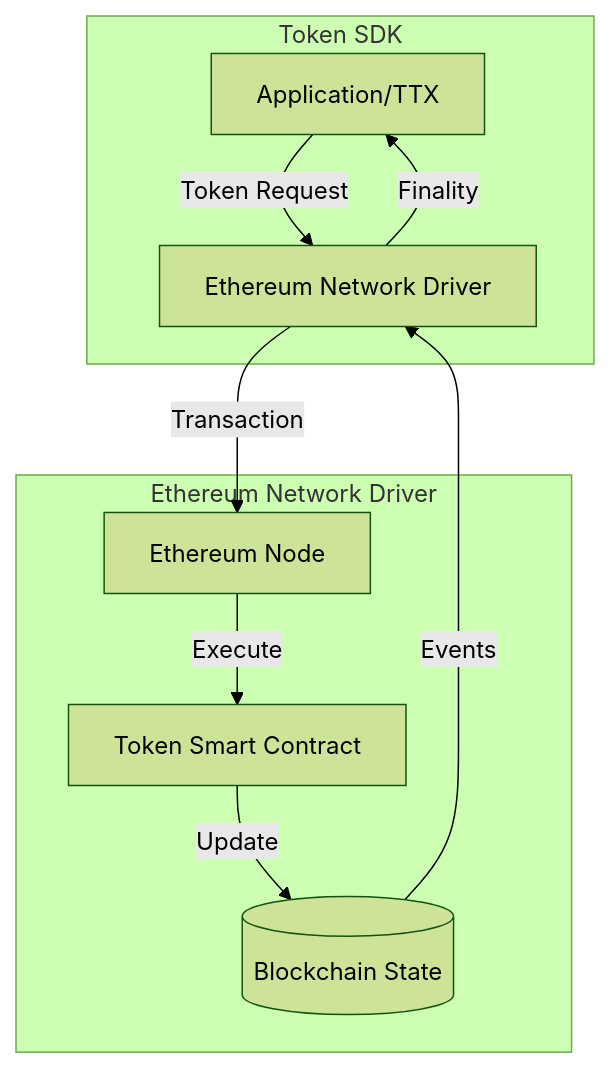
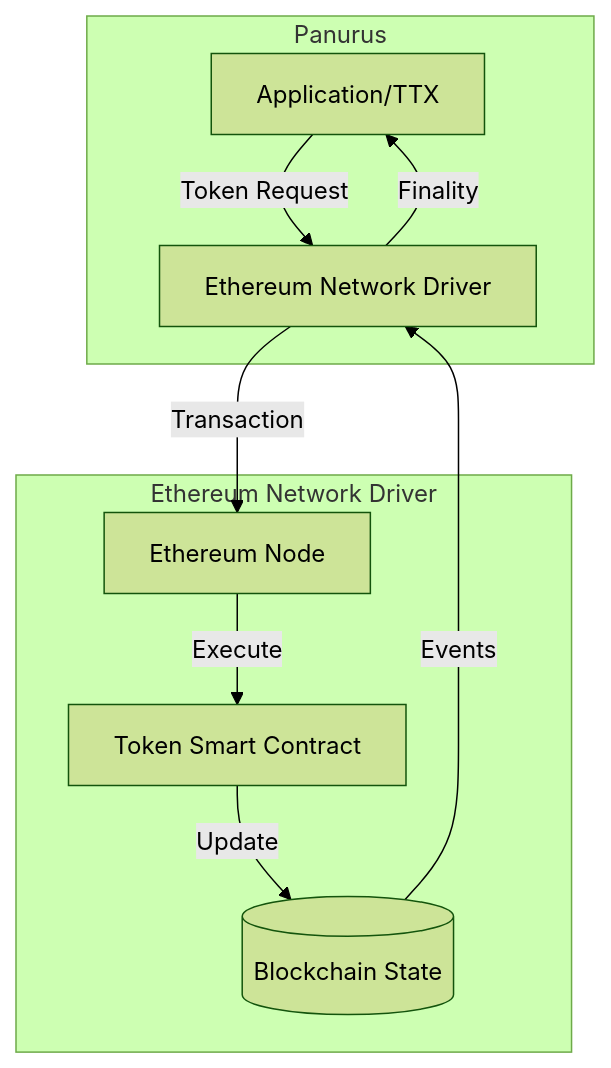
Before and after one commit to hyperledger-labs/fabric-token-sdk: the first of 5 diagrams in docs/services/network-ethereum.md, drawn with Mermaid (forest theme). The commit also changed other lines of this file and 1264 other files, not shown here.

Commit message:
rename fabric token sdk to panurus

````diff
--- a/docs/services/network-ethereum.md
+++ b/docs/services/network-ethereum.md
@@ -10,20 +10,20 @@
 ```mermaid
 graph TB
-    subgraph "Token SDK"
+    subgraph "Panurus"
         App[Application/TTX]
         Driver[Ethereum Network Driver]
     end
 
     subgraph "Ethereum Network Driver"
         Node[Ethereum Node]
         Contract[Token Smart Contract]
         State[(Blockchain State)]
     end
 
     App -->|Token Request| Driver
     Driver -->|Transaction| Node
     Node -->|Execute| Contract
     Contract -->|Update| State
     State -->|Events| Driver
     Driver -->|Finality| App
 ```
````
